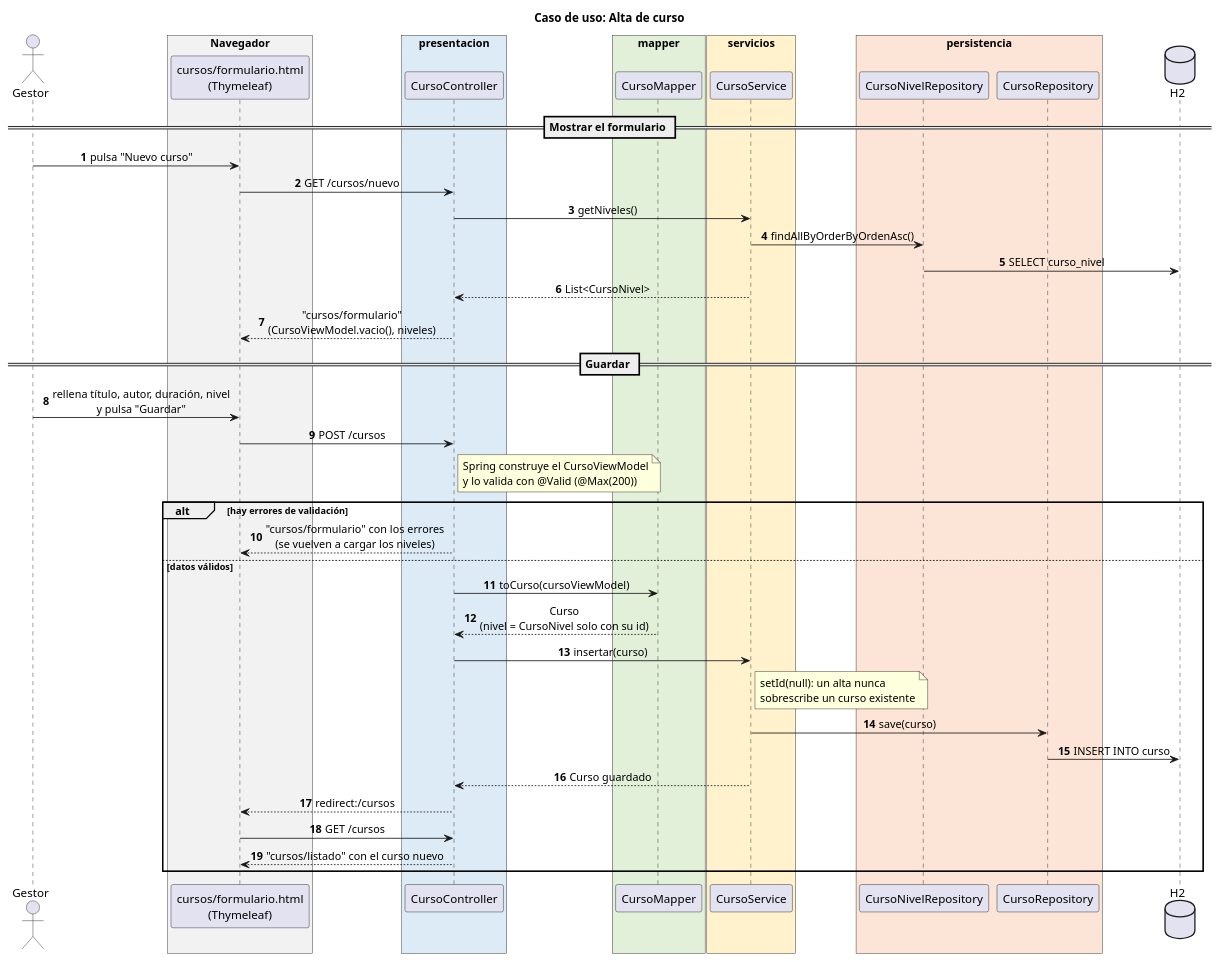
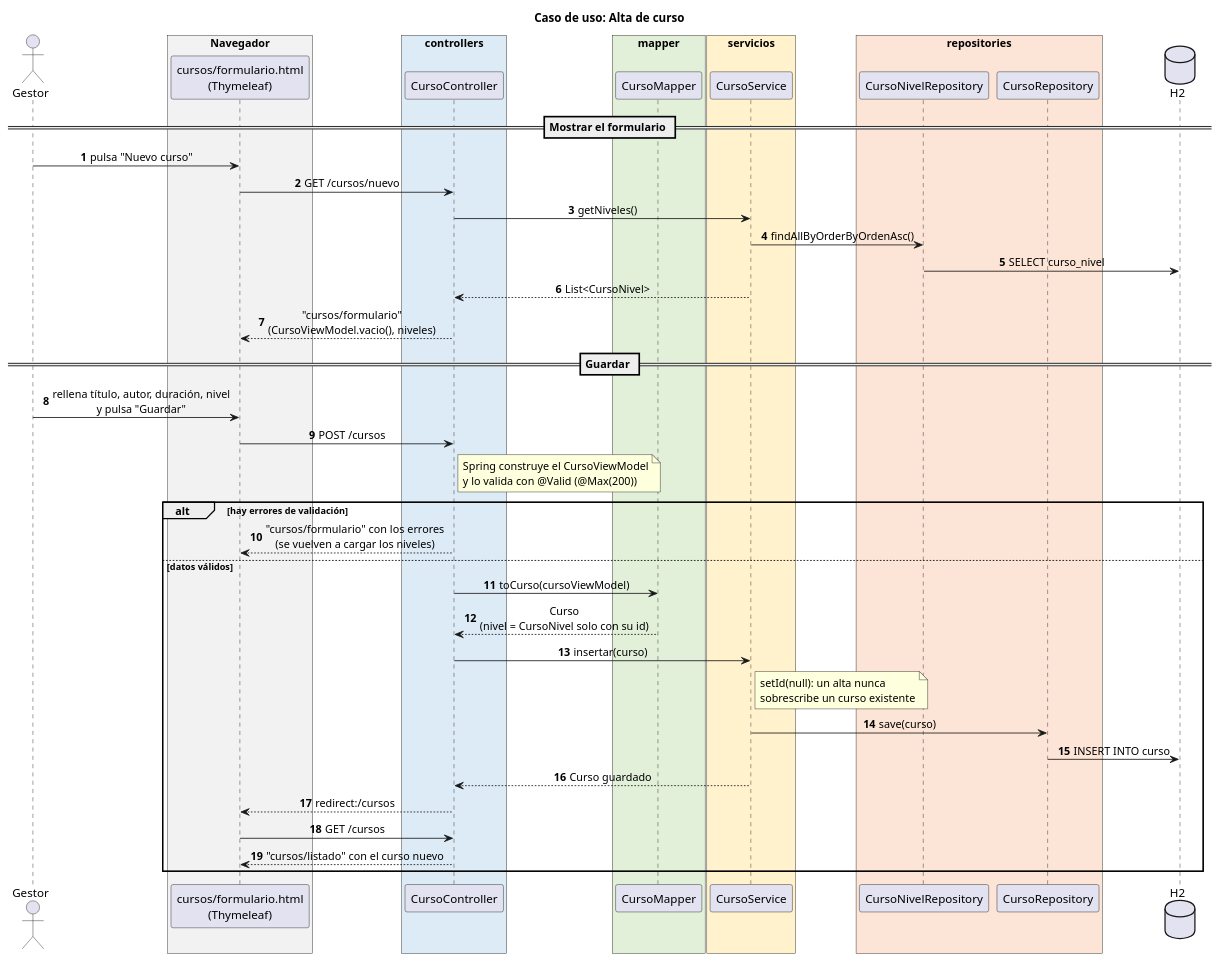
Before and after one commit to cecilioalvarez/rup2026: the diagram in docs/casos-de-uso/secuencia/01-alta-curso.puml, drawn with PlantUML. The commit also changed 47 other files, not shown here.

First line of the commit message:
Tests de arquitectura con ArchUnit y paquetes controllers y repositories

```diff
--- a/docs/casos-de-uso/secuencia/01-alta-curso.puml
+++ b/docs/casos-de-uso/secuencia/01-alta-curso.puml
@@ -1,59 +1,59 @@
 @startuml 01-alta-curso
 title Caso de uso: Alta de curso
 
 autonumber
 skinparam sequenceMessageAlign center
 skinparam responseMessageBelowArrow true
 
 actor "Gestor" as usuario
 box "Navegador" #F2F2F2
   participant "cursos/formulario.html\n(Thymeleaf)" as vista
 end box
-box "presentacion" #DDEBF7
+box "controllers" #DDEBF7
   participant CursoController as controller
 end box
 box "mapper" #E2F0D9
   participant CursoMapper as mapper
 end box
 box "servicios" #FFF2CC
   participant CursoService as service
 end box
-box "persistencia" #FCE4D6
+box "repositories" #FCE4D6
   participant CursoNivelRepository as nivelRepo
   participant CursoRepository as cursoRepo
 end box
 database H2
 
 == Mostrar el formulario ==
 usuario -> vista : pulsa "Nuevo curso"
 vista -> controller : GET /cursos/nuevo
 controller -> service : getNiveles()
 service -> nivelRepo : findAllByOrderByOrdenAsc()
 nivelRepo -> H2 : SELECT curso_nivel
 service --> controller : List<CursoNivel>
 controller --> vista : "cursos/formulario"\n(CursoViewModel.vacio(), niveles)
 
 == Guardar ==
 usuario -> vista : rellena título, autor, duración, nivel\ny pulsa "Guardar"
 vista -> controller : POST /cursos
 note right of controller
   Spring construye el CursoViewModel
   y lo valida con @Valid (@Max(200))
 end note
 
 alt hay errores de validación
   controller --> vista : "cursos/formulario" con los errores\n(se vuelven a cargar los niveles)
 else datos válidos
   controller -> mapper : toCurso(cursoViewModel)
   mapper --> controller : Curso\n(nivel = CursoNivel solo con su id)
   controller -> service : insertar(curso)
   note right of service : setId(null): un alta nunca\nsobrescribe un curso existente
   service -> cursoRepo : save(curso)
   cursoRepo -> H2 : INSERT INTO curso
   service --> controller : Curso guardado
   controller --> vista : redirect:/cursos
   vista -> controller : GET /cursos
   controller --> vista : "cursos/listado" con el curso nuevo
 end
 
 @enduml
```
